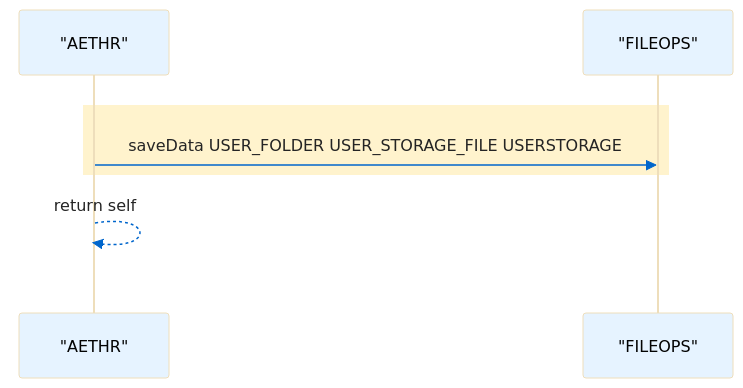
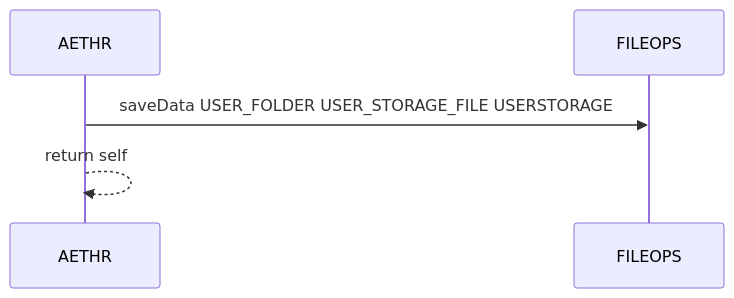
The fourth of 4 diagrams in docs/aethr/user_storage.md (Gh0st352/AETHR), drawn with Mermaid before and after one commit. The commit also changed other lines of this file and 20 other files, not shown here.

First line of the commit message:
docs: unify mermaid themes and clarify module graphs

````diff
--- a/docs/aethr/user_storage.md
+++ b/docs/aethr/user_storage.md
@@ -111,13 +76,9 @@
 ```mermaid
-%%{init: {"theme":"base","themeVariables":{"actorBkg":"#e6f3ff","actorTextColor":"#030303ff","lineColor":"#495057","signalColor":"#0066cc","signalTextColor":"#242424ff","textColor":"#000000ff","fontSize":"14px"}}}%%
+%% shared theme: docs/_mermaid/theme.json %%
 sequenceDiagram
-  participant A as "AETHR"
-  participant F as "FILEOPS"
+  participant A as AETHR
+  participant F as FILEOPS
 
-  rect rgba(255,255,255,0.75)
-    rect rgb(255,243,205)
-      A->>F: saveData USER_FOLDER USER_STORAGE_FILE USERSTORAGE
-    end
-    A-->>A: return self
-  end
+  A->>F: saveData USER_FOLDER USER_STORAGE_FILE USERSTORAGE
+  A-->>A: return self
 ```
````
